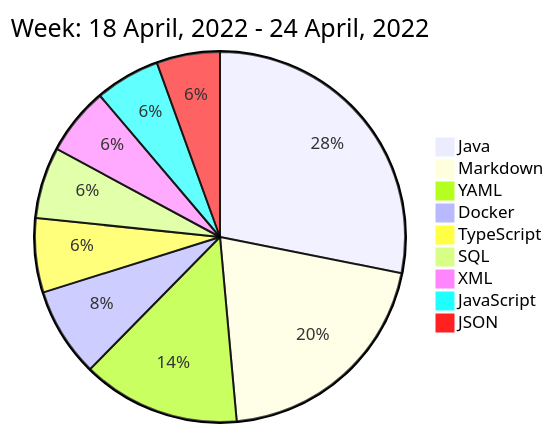
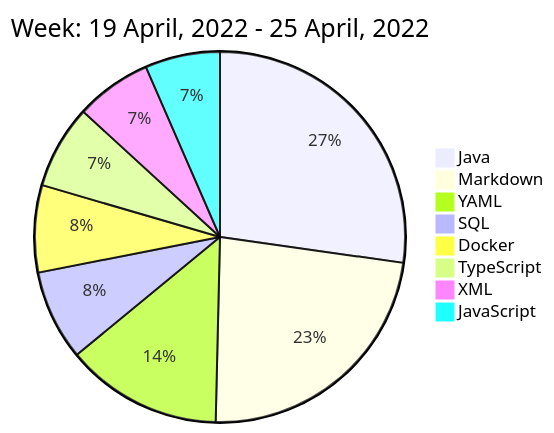
The diagram in README.md (liubin95/liubin95), drawn with Mermaid before and after one commit.

Commit message:
Updated the Graph with new Metrics

````diff
--- a/README.md
+++ b/README.md
@@ -40,13 +40,12 @@
 ```mermaid
  pie
-title Week: 18 April, 2022 - 24 April, 2022
- "Java" : 5.95
- "Markdown" : 4.32
- "YAML" : 2.92
- "Docker" : 1.65
+title Week: 19 April, 2022 - 25 April, 2022
+ "Java" : 5.12
+ "Markdown" : 4.35
+ "YAML" : 2.57
+ "SQL" : 1.48
+ "Docker" : 1.43
  "TypeScript" : 1.37
- "SQL" : 1.32
  "XML" : 1.25
- "JavaScript" : 1.2
- "JSON" : 1.17
+ "JavaScript" : 1.23
 ```
````
